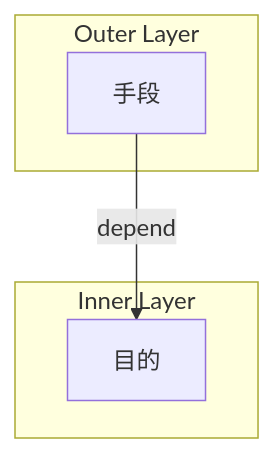
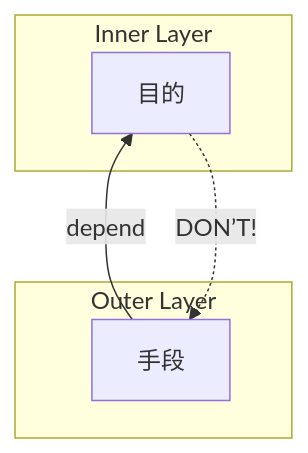
Before and after one commit to ichi-h/zenn: the second of 2 diagrams in articles/774ec1c19e9e8a.md, drawn with Mermaid. The commit also changed other lines of this file, not shown here.

````diff
--- a/articles/774ec1c19e9e8a.md
+++ b/articles/774ec1c19e9e8a.md
@@ -78,12 +76,13 @@
 ```mermaid
-graph TD
+graph BT
+  subgraph Outer Layer
+    B[手段]
+  end
+
   subgraph Inner Layer
     A[目的]
   end
 
-  subgraph Outer Layer
-    B[手段]
-  end
-
+  A -.->|DON’T!| B
   B -->|depend| A
 ```
````
